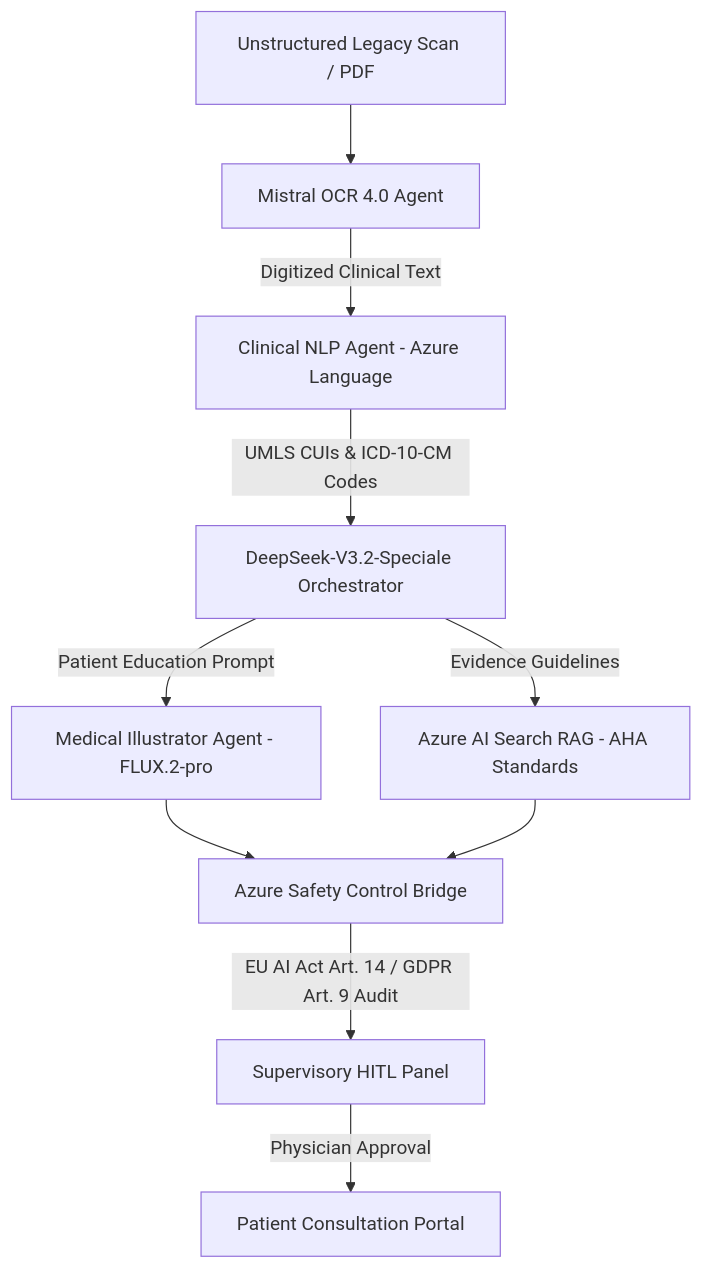
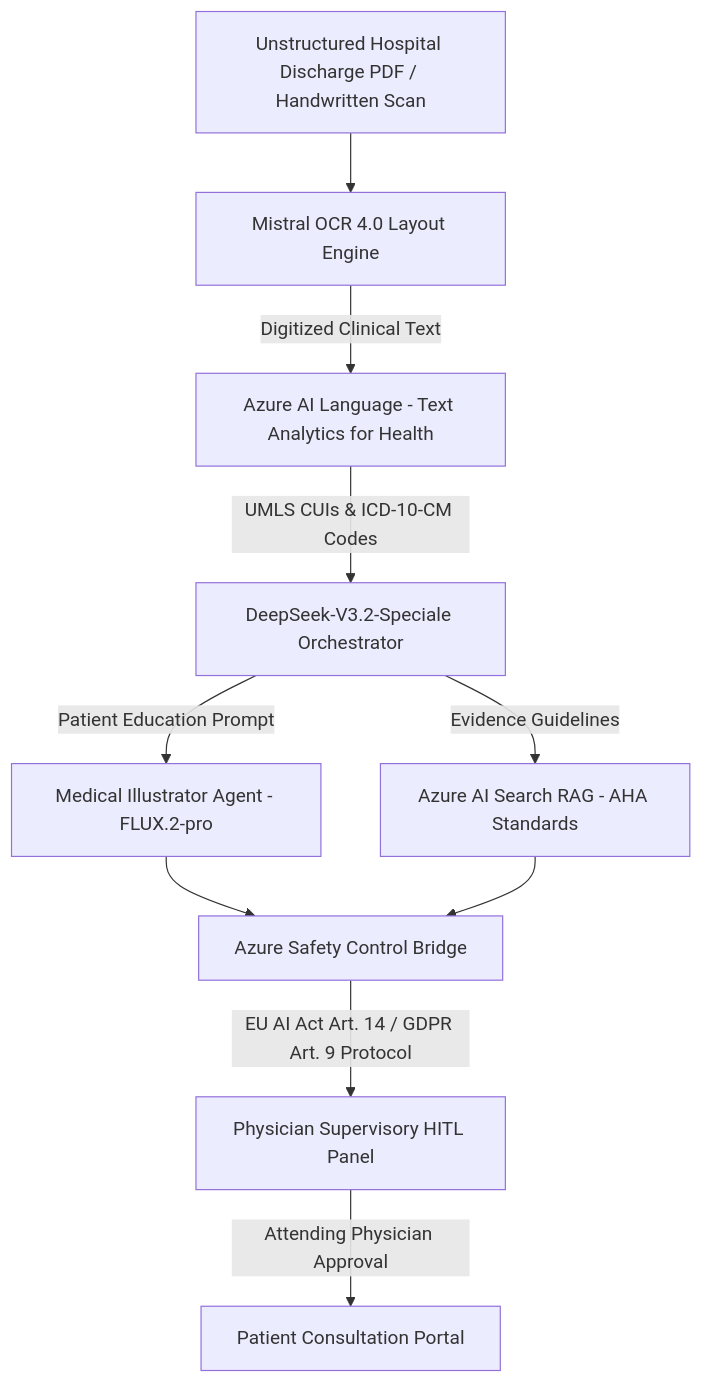
Before and after one commit to FilippeZ/OmniHealth-Azure-AI: the diagram in README.md, drawn with Mermaid. The commit also changed other lines of this file and 42 other files, not shown here.

Commit message:
feat: complete production-ready clinical platform with live FLUX.2-pro illustrations, analytical README, and clean physician UX

````diff
--- a/README.md
+++ b/README.md
@@ -15,12 +15,12 @@
 ```mermaid
 flowchart TD
-    A[Unstructured Legacy Scan / PDF] --> B[Mistral OCR 4.0 Agent]
-    B -->|Digitized Clinical Text| C[Clinical NLP Agent - Azure Language]
+    A[Unstructured Hospital Discharge PDF / Handwritten Scan] --> B[Mistral OCR 4.0 Layout Engine]
+    B -->|Digitized Clinical Text| C[Azure AI Language - Text Analytics for Health]
     C -->|UMLS CUIs & ICD-10-CM Codes| D[DeepSeek-V3.2-Speciale Orchestrator]
     D -->|Patient Education Prompt| E[Medical Illustrator Agent - FLUX.2-pro]
     D -->|Evidence Guidelines| F[Azure AI Search RAG - AHA Standards]
     E --> G[Azure Safety Control Bridge]
     F --> G
-    G -->|EU AI Act Art. 14 / GDPR Art. 9 Audit| H[Supervisory HITL Panel]
-    H -->|Physician Approval| I[Patient Consultation Portal]
+    G -->|EU AI Act Art. 14 / GDPR Art. 9 Protocol| H[Physician Supervisory HITL Panel]
+    H -->|Attending Physician Approval| I[Patient Consultation Portal]
 ```
````
